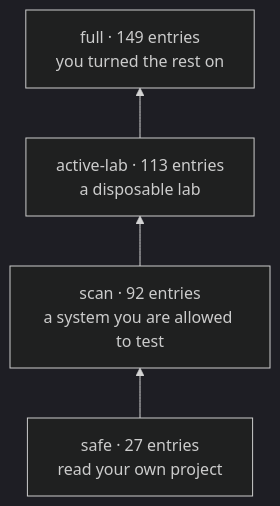
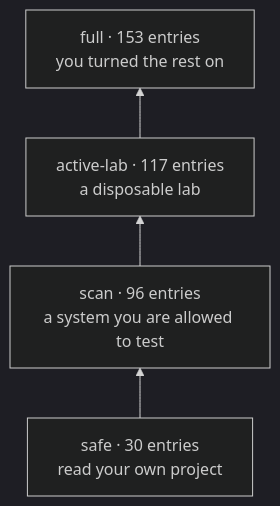
One commit to Coff0xc/AutoRedTeam-Orchestrator changed the fourth of 13 diagrams in README.md. Above: the diagram before and after it, drawn with Mermaid (dark theme). The commit also changed other lines of this file and 2 other files, not shown here.

````diff
--- a/README.md
+++ b/README.md
@@ -120,8 +156,8 @@
 ```mermaid
 flowchart BT
-  safe["safe · 27 entries<br/>read your own project"]
-  scan["scan · 92 entries<br/>a system you are allowed to test"]
-  lab["active-lab · 113 entries<br/>a disposable lab"]
-  full["full · 149 entries<br/>you turned the rest on"]
+  safe["safe · 30 entries<br/>read your own project"]
+  scan["scan · 96 entries<br/>a system you are allowed to test"]
+  lab["active-lab · 117 entries<br/>a disposable lab"]
+  full["full · 153 entries<br/>you turned the rest on"]
   safe --> scan --> lab --> full
 ```
````
